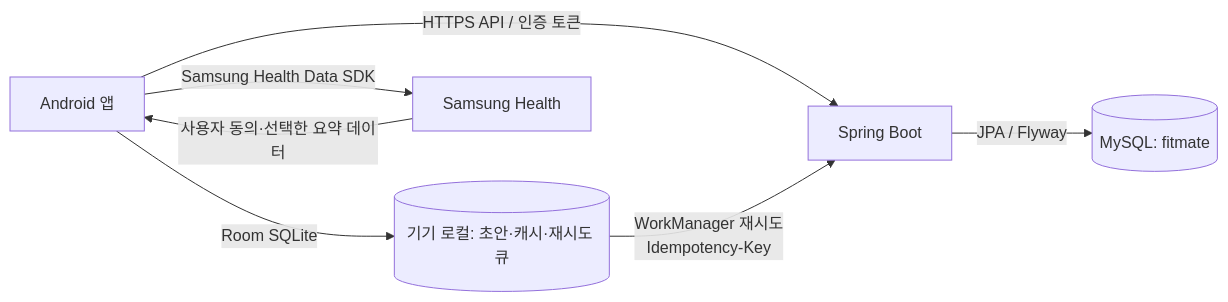
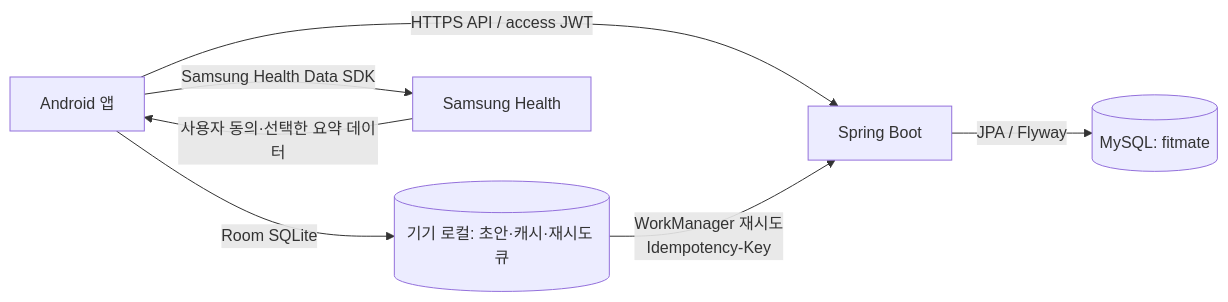
Before and after one commit to SEUIL/fitmate: the third of 3 diagrams in docs/01-spec/db-설계-초기화-전-기획.md, drawn with Mermaid. The commit also changed other lines of this file, not shown here.

````diff
--- a/docs/01-spec/db-설계-초기화-전-기획.md
+++ b/docs/01-spec/db-설계-초기화-전-기획.md
@@ -138,9 +136,9 @@
 ```mermaid
 flowchart LR
-  A[Android 앱] -->|HTTPS API / 인증 토큰| B[Spring Boot]
+  A[Android 앱] -->|HTTPS API / access JWT| B[Spring Boot]
   B -->|JPA / Flyway| C[(MySQL: fitmate)]
   A -->|Room SQLite| D[(기기 로컬: 초안·캐시·재시도 큐)]
   A -->|Samsung Health Data SDK| E[Samsung Health]
   D -->|WorkManager 재시도\nIdempotency-Key| B
   E -->|사용자 동의·선택한 요약 데이터| A
 ```
````
